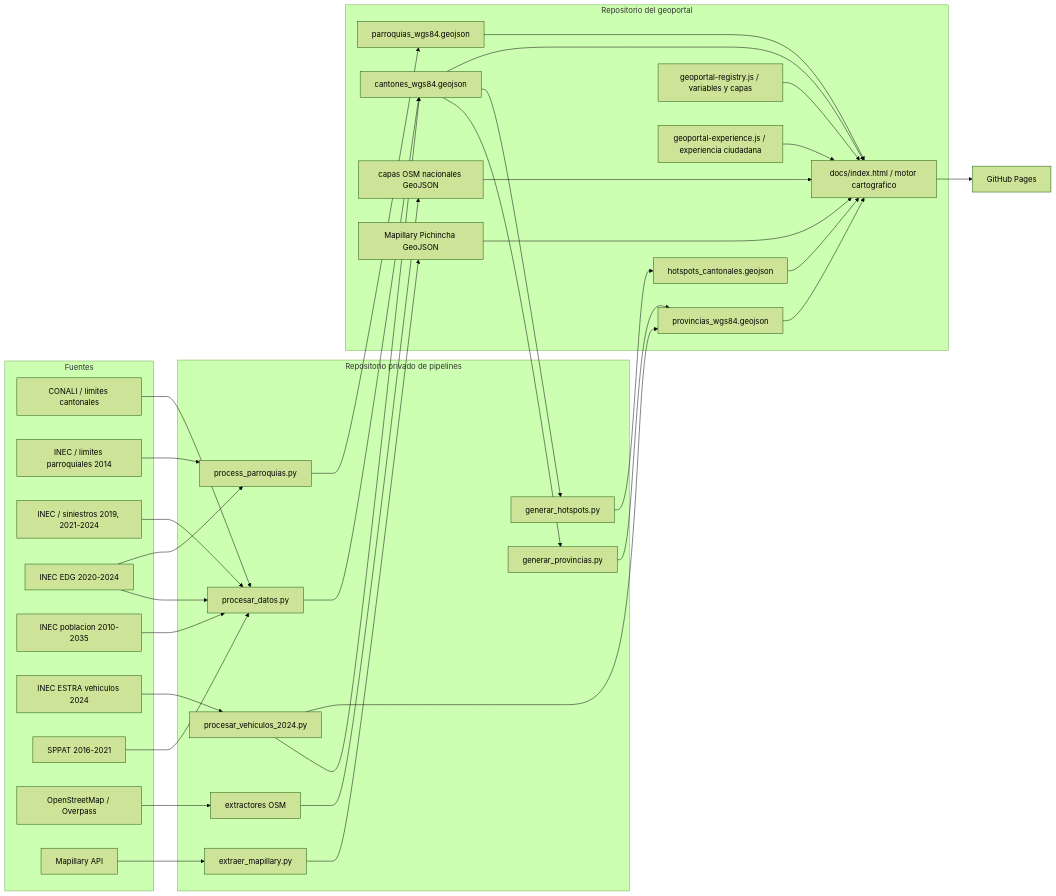
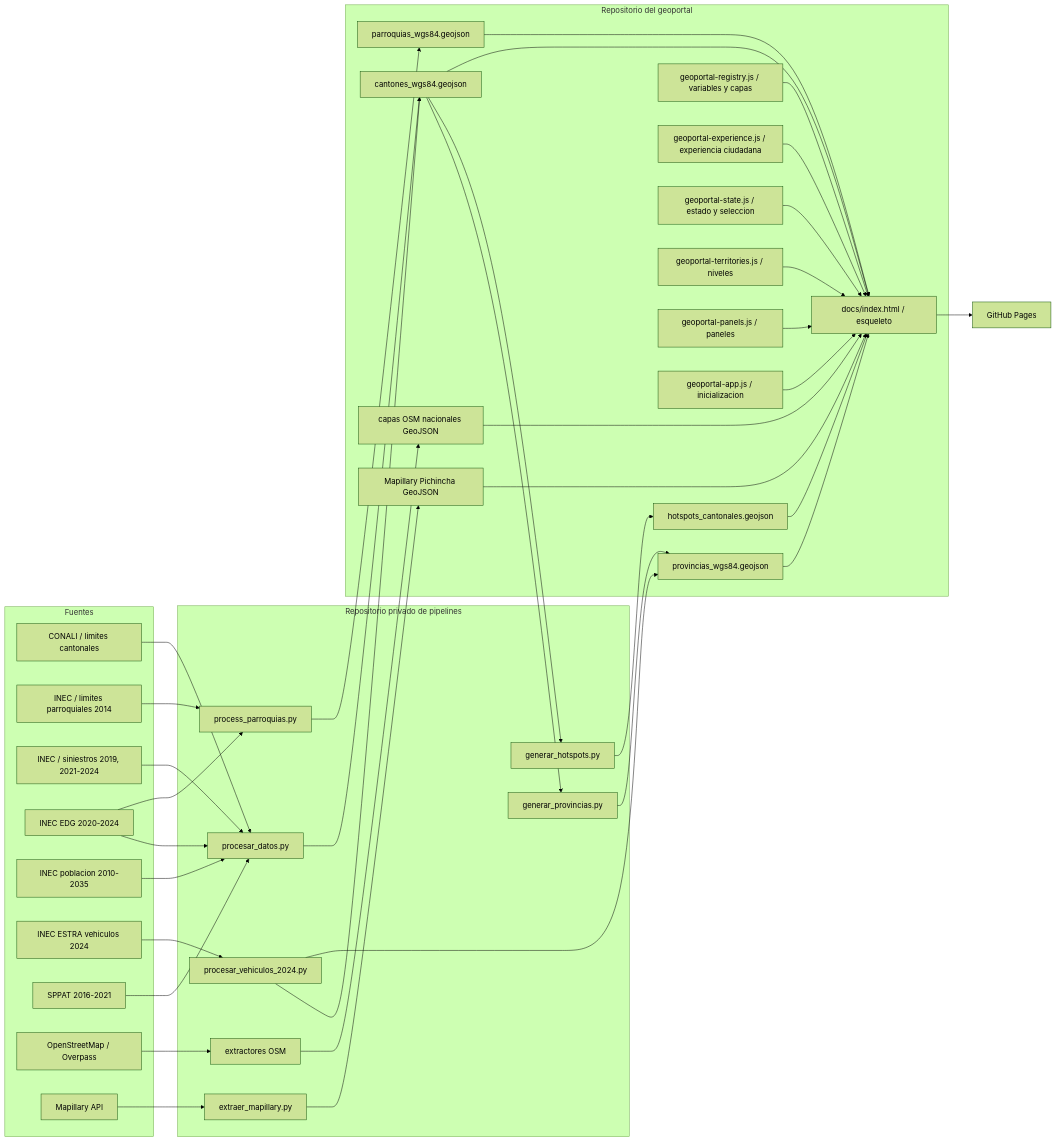
One commit to fundacionredsa/redsa-observatorio-seguridad-vial changed the diagram in documentacion/ARQUITECTURA.md. Above: the diagram before and after it, drawn with Mermaid (forest theme). The commit also changed other lines of this file and 30 other files, not shown here.

````diff
--- a/documentacion/ARQUITECTURA.md
+++ b/documentacion/ARQUITECTURA.md
@@ -5,56 +5,64 @@
 ```mermaid
 flowchart LR
   subgraph F[Fuentes]
     CONALI[CONALI / limites cantonales]
     INECP[INEC / limites parroquiales 2014]
     SIN[INEC / siniestros 2019, 2021-2024]
     EDG[INEC EDG 2020-2024]
     POP[INEC poblacion 2010-2035]
     VEH[INEC ESTRA vehiculos 2024]
     SPPAT[SPPAT 2016-2021]
     OSM[OpenStreetMap / Overpass]
     MAP[Mapillary API]
   end
   subgraph P[Repositorio privado de pipelines]
     BASE[procesar_datos.py]
     PAR[process_parroquias.py]
     PROV[generar_provincias.py]
     HOT[generar_hotspots.py]
     V[procesar_vehiculos_2024.py]
     O[extractores OSM]
     M[extraer_mapillary.py]
   end
   subgraph D[Repositorio del geoportal]
     CANT[cantones_wgs84.geojson]
     PARR[parroquias_wgs84.geojson]
     PROVG[provincias_wgs84.geojson]
     HOTG[hotspots_cantonales.geojson]
     OSMG[capas OSM nacionales GeoJSON]
     MAPG[Mapillary Pichincha GeoJSON]
-    WEB[docs/index.html / motor cartografico]
+    WEB[docs/index.html / esqueleto]
     REG[geoportal-registry.js / variables y capas]
     UX[geoportal-experience.js / experiencia ciudadana]
+    STATE[geoportal-state.js / estado y seleccion]
+    TERR[geoportal-territories.js / niveles]
+    PAN[geoportal-panels.js / paneles]
+    APP[geoportal-app.js / inicializacion]
   end
   CONALI --> BASE --> CANT
   SIN --> BASE
   EDG --> BASE
   POP --> BASE
   SPPAT --> BASE
   INECP --> PAR --> PARR
   EDG --> PAR
   CANT --> PROV --> PROVG
   CANT --> HOT --> HOTG
   VEH --> V --> CANT
   V --> PROVG
   OSM --> O --> OSMG
   MAP --> M --> MAPG
   CANT --> WEB
   PARR --> WEB
   PROVG --> WEB
   HOTG --> WEB
   OSMG --> WEB
   MAPG --> WEB
   REG --> WEB
   UX --> WEB
+  STATE --> WEB
+  TERR --> WEB
+  PAN --> WEB
+  APP --> WEB
   WEB --> PAGES[GitHub Pages]
 ```
````
